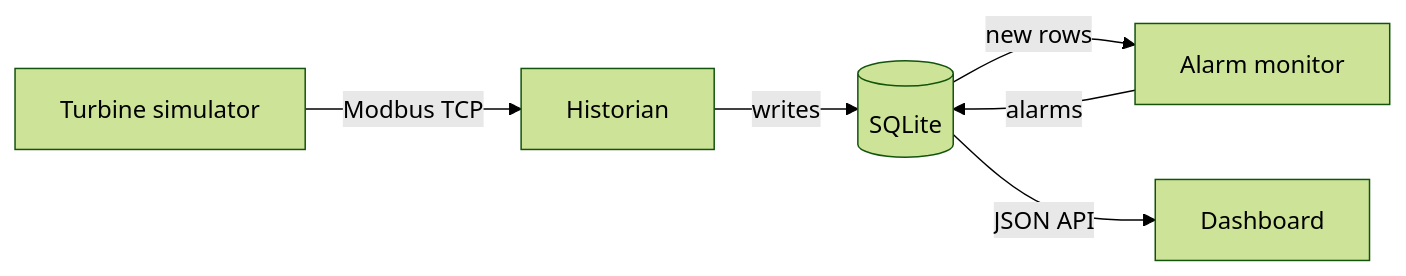
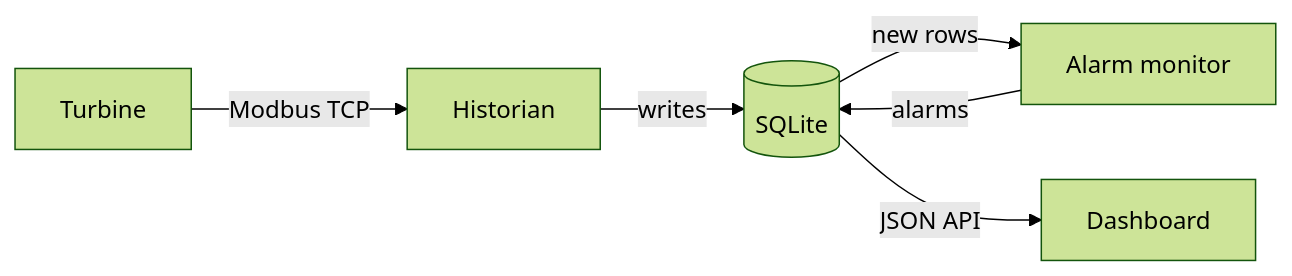
One commit to Ali-Bz-Eng/wind-turbine-condition-monitoring changed the diagram in README.md. Above: the diagram before and after it, drawn with Mermaid (forest theme).

Commit message:
Shorten turbine label in architecture diagram

````diff
--- a/README.md
+++ b/README.md
@@ -11,8 +11,8 @@
 ```mermaid
 flowchart LR
-    T[Turbine simulator] -->|Modbus TCP| H[Historian]
+    T[Turbine] -->|Modbus TCP| H[Historian]
     H -->|writes| DB[(SQLite)]
     DB -->|new rows| M[Alarm monitor]
     M -->|alarms| DB
     DB -->|JSON API| D[Dashboard]
 ```
````
